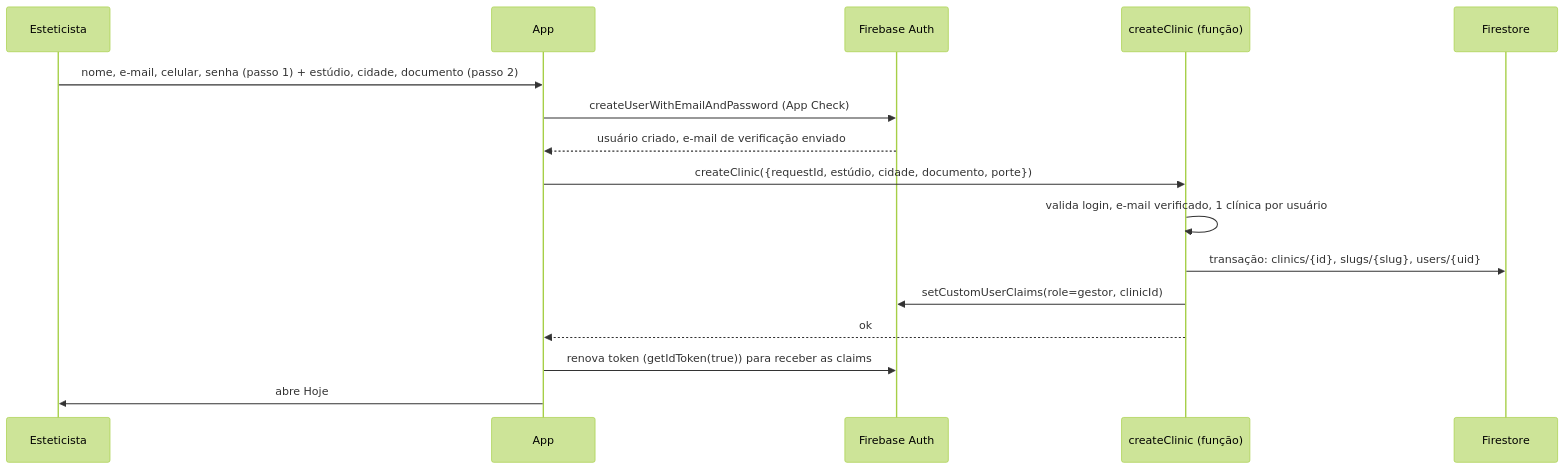
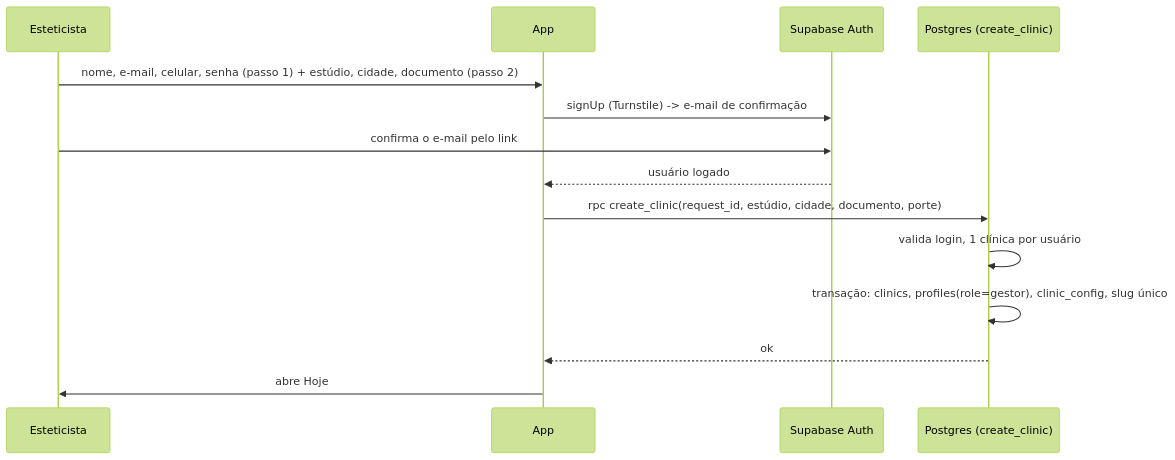
Before and after one commit to prlogicsports-gif/estet-boost-app: the first of 7 diagrams in docs/FLUXOS.md, drawn with Mermaid (forest theme). The commit also changed other lines of this file and 10 other files, not shown here.

Commit message:
Docs: banco no Supabase (Postgres, Auth, Storage, RLS) e Firebase apenas para push

````diff
--- a/docs/FLUXOS.md
+++ b/docs/FLUXOS.md
@@ -17,18 +16,16 @@
 ```mermaid
 sequenceDiagram
   participant U as Esteticista
   participant App as App
-  participant Auth as Firebase Auth
-  participant Fn as createClinic (função)
-  participant FS as Firestore
+  participant Auth as Supabase Auth
+  participant DB as Postgres (create_clinic)
   U->>App: nome, e-mail, celular, senha (passo 1) + estúdio, cidade, documento (passo 2)
-  App->>Auth: createUserWithEmailAndPassword (App Check)
-  Auth-->>App: usuário criado, e-mail de verificação enviado
-  App->>Fn: createClinic({requestId, estúdio, cidade, documento, porte})
-  Fn->>Fn: valida login, e-mail verificado, 1 clínica por usuário
-  Fn->>FS: transação: clinics/{id}, slugs/{slug}, users/{uid}
-  Fn->>Auth: setCustomUserClaims(role=gestor, clinicId)
-  Fn-->>App: ok
-  App->>Auth: renova token (getIdToken(true)) para receber as claims
+  App->>Auth: signUp (Turnstile) -> e-mail de confirmação
+  U->>Auth: confirma o e-mail pelo link
+  Auth-->>App: usuário logado
+  App->>DB: rpc create_clinic(request_id, estúdio, cidade, documento, porte)
+  DB->>DB: valida login, 1 clínica por usuário
+  DB->>DB: transação: clinics, profiles(role=gestor), clinic_config, slug único
+  DB-->>App: ok
   App->>U: abre Hoje
 ```
````
